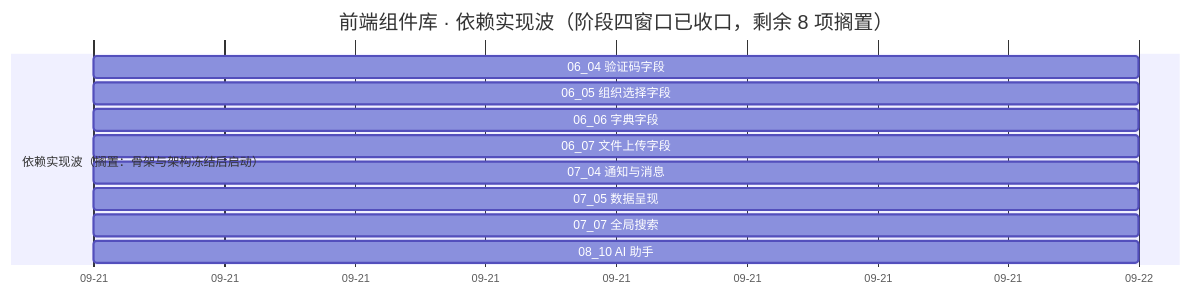
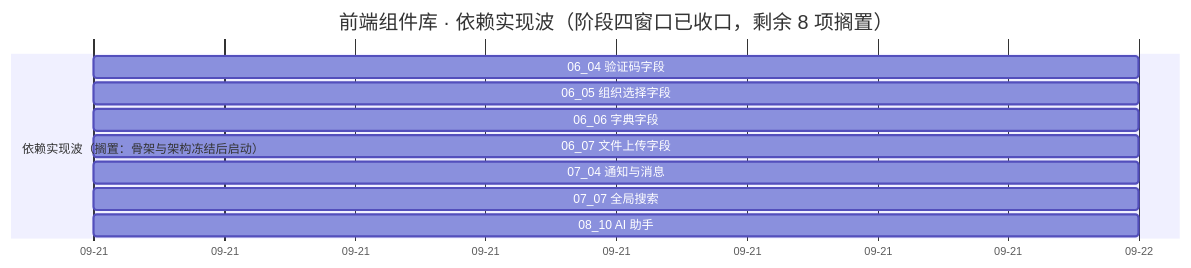
One commit to minjian123/basic-management-system changed the diagram in bms文档/项目/04_前端组件库/计划/01_计划_前端组件库.md. Above: the diagram before and after it, drawn with Mermaid. The commit also changed other lines of this file and 12 other files, not shown here.

````diff
--- a/bms文档/项目/04_前端组件库/计划/01_计划_前端组件库.md
+++ b/bms文档/项目/04_前端组件库/计划/01_计划_前端组件库.md
@@ -76,16 +76,15 @@
 ```mermaid
 gantt
     title 前端组件库 · 依赖实现波（阶段四窗口已收口，剩余 8 项搁置）
     dateFormat  YYYY-MM-DD
     axisFormat %m-%d
-    %% 已完成任务不入甘特：域 02 / 03 / 04 / 05 / 10 与域 06（06_01 ~ 06_03）、域 07（07_01 ~ 07_03 / 07_06）、域 08（08_01 ~ 08_09）均已完成
+    %% 已完成任务不入甘特：域 02 / 03 / 04 / 05 / 10 与域 06（06_01 ~ 06_03）、域 07（07_01 ~ 07_03 / 07_05 / 07_06）、域 08（08_01 ~ 08_09）均已完成
     section 依赖实现波（搁置：骨架与架构冻结后启动）
     06_04 验证码字段 :c0604, 2026-09-21, 1d
     06_05 组织选择字段 :c0605, 2026-09-21, 1d
     06_06 字典字段 :c0606, 2026-09-21, 1d
     06_07 文件上传字段 :c0607, 2026-09-21, 1d
     07_04 通知与消息 :c0704, 2026-09-21, 1d
-    07_05 数据呈现 :c0705, 2026-09-21, 1d
     07_07 全局搜索 :c0707, 2026-09-21, 1d
     08_10 AI 助手 :c0810, 2026-09-21, 1d
 ```
````
